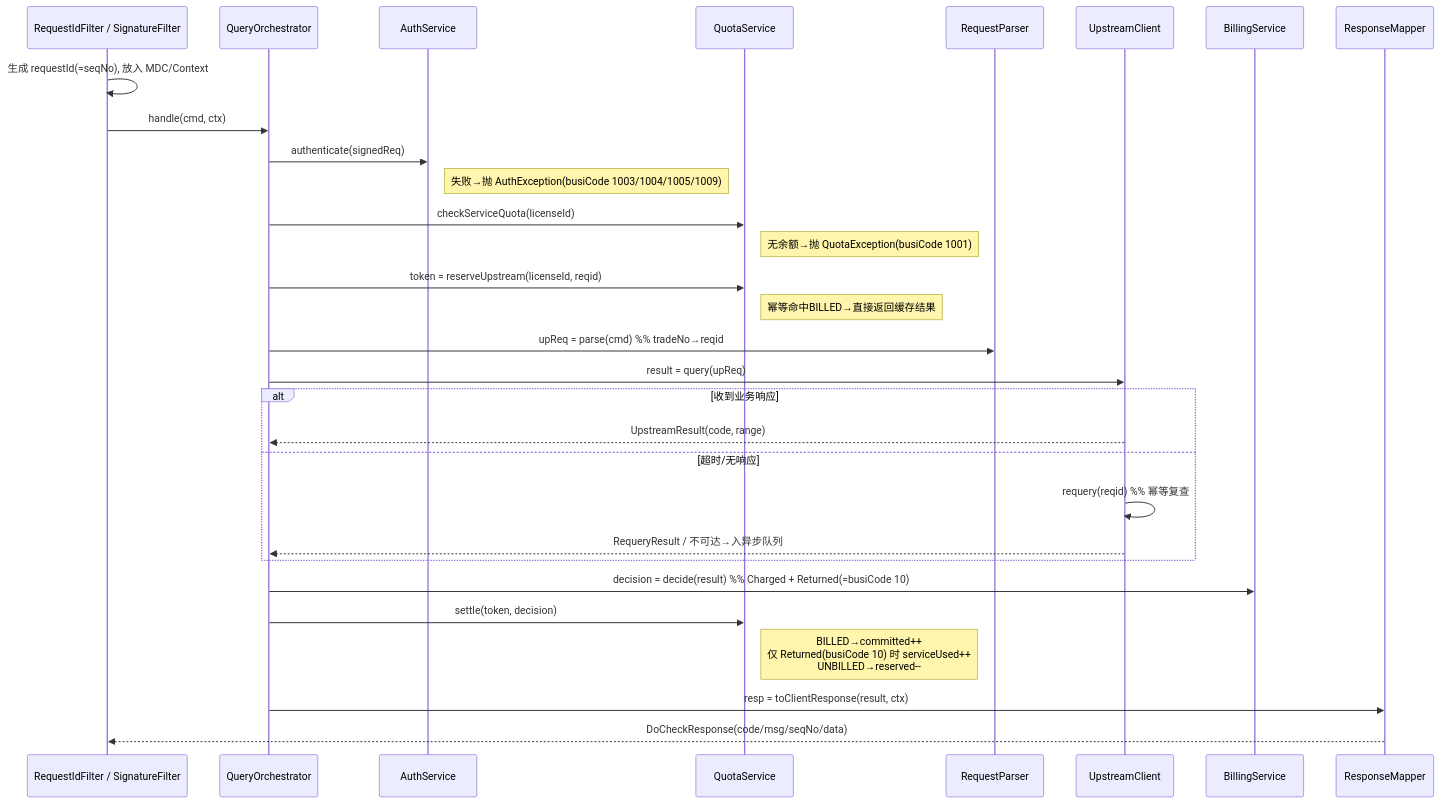
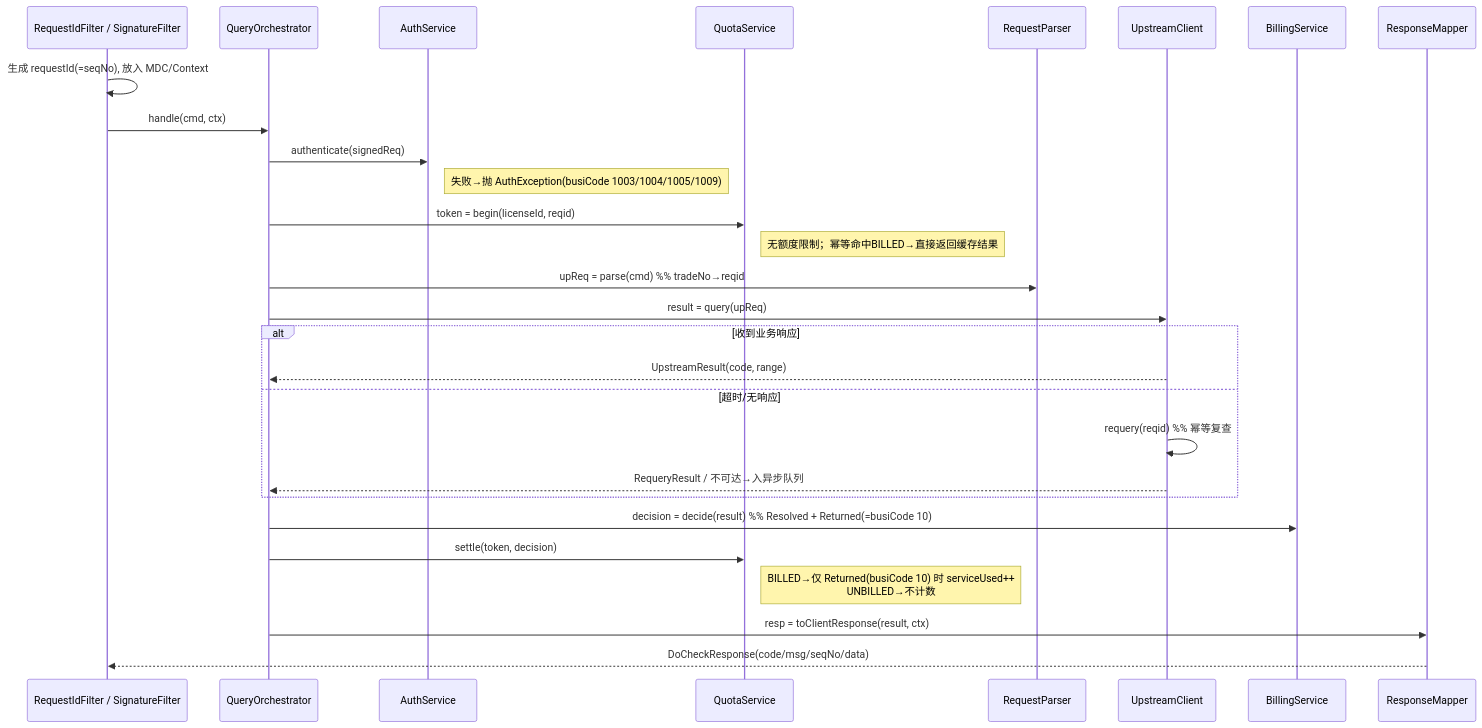
Before and after one commit to YunChen1227/DataHub: the third of 8 diagrams in docs/ARCHITECTURE.md, drawn with Mermaid. The commit also changed other lines of this file and 54 other files, not shown here.

````diff
--- a/docs/ARCHITECTURE.md
+++ b/docs/ARCHITECTURE.md
@@ -186,33 +181,31 @@
 ```mermaid
 sequenceDiagram
     participant F as RequestIdFilter / SignatureFilter
     participant O as QueryOrchestrator
     participant A as AuthService
     participant Q as QuotaService
     participant P as RequestParser
     participant U as UpstreamClient
     participant B as BillingService
     participant M as ResponseMapper
 
     F->>F: 生成 requestId(=seqNo), 放入 MDC/Context
     F->>O: handle(cmd, ctx)
     O->>A: authenticate(signedReq)
     Note right of A: 失败→抛 AuthException(busiCode 1003/1004/1005/1009)
-    O->>Q: checkServiceQuota(licenseId)
-    Note right of Q: 无余额→抛 QuotaException(busiCode 1001)
-    O->>Q: token = reserveUpstream(licenseId, reqid)
-    Note right of Q: 幂等命中BILLED→直接返回缓存结果
+    O->>Q: token = begin(licenseId, reqid)
+    Note right of Q: 无额度限制；幂等命中BILLED→直接返回缓存结果
     O->>P: upReq = parse(cmd)  %% tradeNo→reqid
     O->>U: result = query(upReq)
     alt 收到业务响应
         U-->>O: UpstreamResult(code, range)
     else 超时/无响应
         U->>U: requery(reqid)  %% 幂等复查
         U-->>O: RequeryResult / 不可达→入异步队列
     end
-    O->>B: decision = decide(result)  %% Charged + Returned(=busiCode 10)
+    O->>B: decision = decide(result)  %% Resolved + Returned(=busiCode 10)
     O->>Q: settle(token, decision)
-    Note right of Q: BILLED→committed++<br/>仅 Returned(busiCode 10) 时 serviceUsed++<br/>UNBILLED→reserved--
+    Note right of Q: BILLED→仅 Returned(busiCode 10) 时 serviceUsed++<br/>UNBILLED→不计数
     O->>M: resp = toClientResponse(result, ctx)
     M-->>F: DoCheckResponse(code/msg/seqNo/data)
 ```
````
